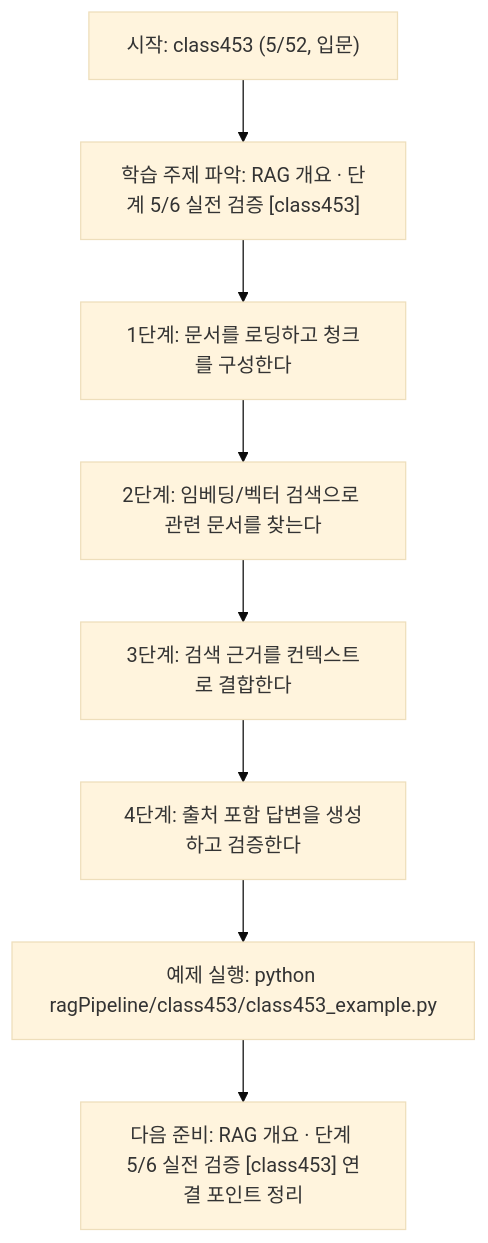
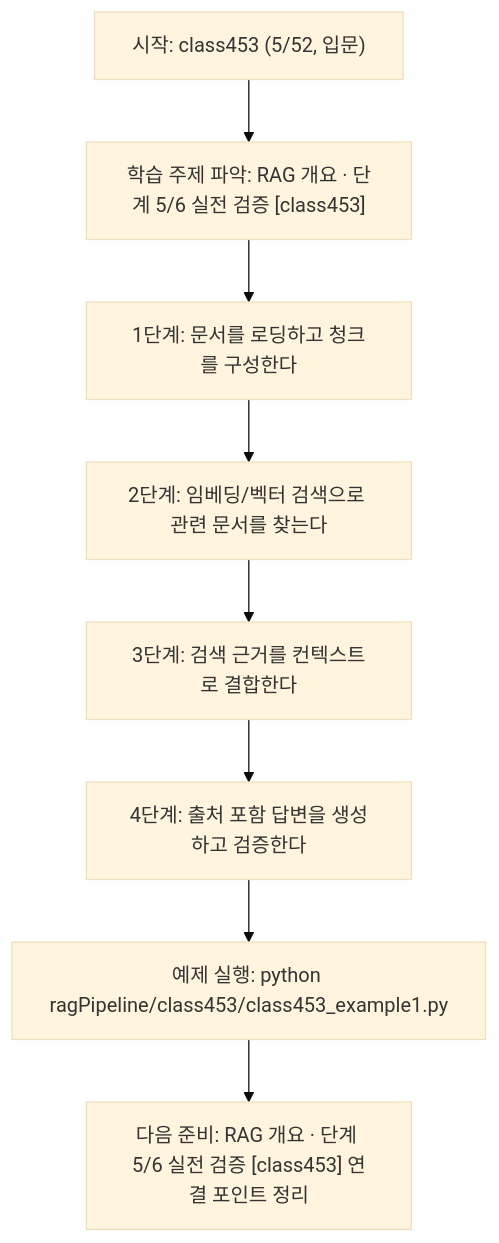
One commit to edumgt/Python-AI_Agent-Class changed the diagram in ragPipeline/class453/class453.md. Above: the diagram before and after it, drawn with Mermaid (base theme). The commit also changed other lines of this file and 2959 other files, not shown here.

````diff
--- a/ragPipeline/class453/class453.md
+++ b/ragPipeline/class453/class453.md
@@ -110,18 +110,18 @@
 ```mermaid
 flowchart TD
 N1["시작: class453 (5/52, 입문)"]
 N2["학습 주제 파악: RAG 개요 · 단계 5/6 실전 검증 [class453]"]
 N3["1단계: 문서를 로딩하고 청크를 구성한다"]
 N4["2단계: 임베딩/벡터 검색으로 관련 문서를 찾는다"]
 N5["3단계: 검색 근거를 컨텍스트로 결합한다"]
 N6["4단계: 출처 포함 답변을 생성하고 검증한다"]
-N7["예제 실행: python ragPipeline/class453/class453_example.py"]
+N7["예제 실행: python ragPipeline/class453/class453_example1.py"]
 N8["다음 준비: RAG 개요 · 단계 5/6 실전 검증 [class453] 연결 포인트 정리"]
 N1 --> N2
 N2 --> N3
 N3 --> N4
 N4 --> N5
 N5 --> N6
 N6 --> N7
 N7 --> N8
 ```
````
